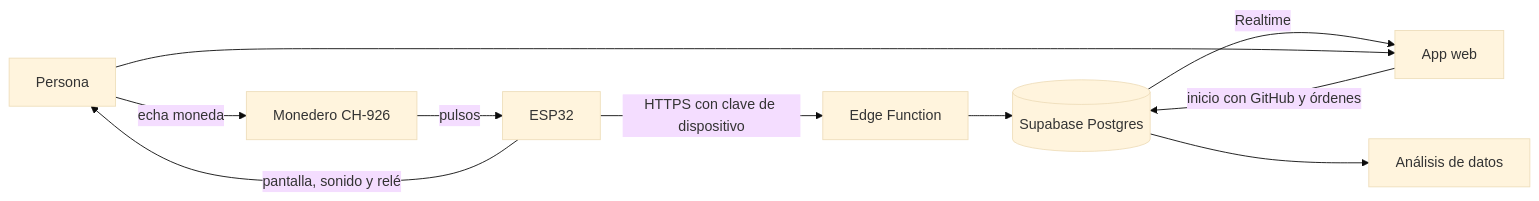
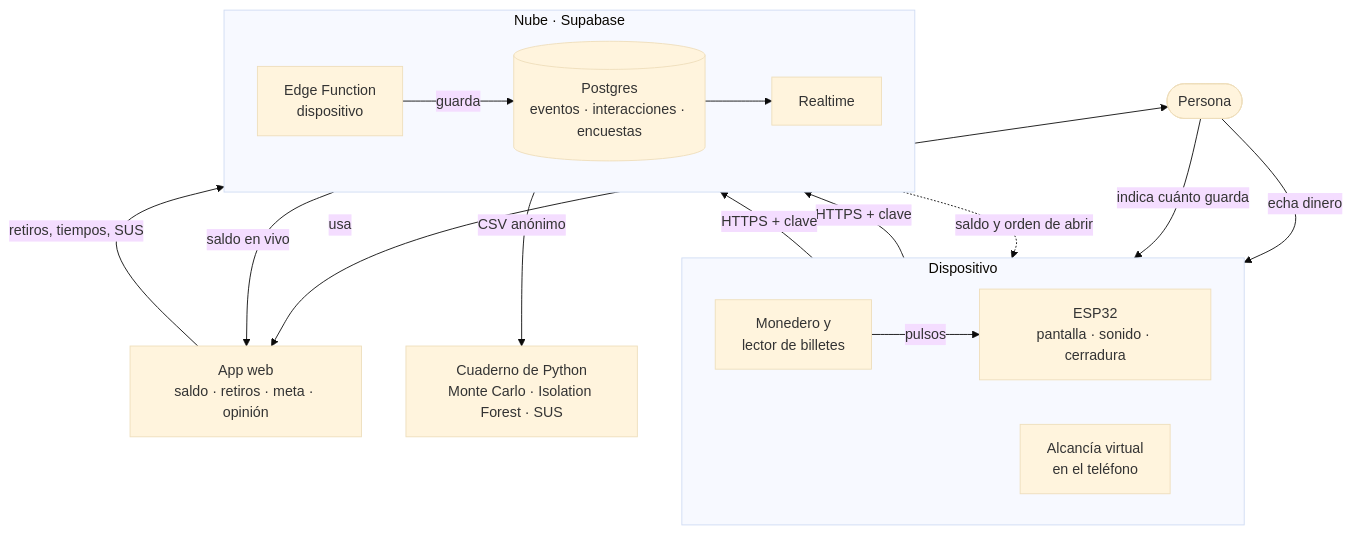
One commit to sklinderton/alcancia-colones changed the diagram in README.md. Above: the diagram before and after it, drawn with Mermaid (base theme). The commit also changed other lines of this file and 11 other files, not shown here.

Commit message:
Mide las tareas de la app, agrega el cuestionario SUS y actualiza la arquitectura

````diff
--- a/README.md
+++ b/README.md
@@ -52,12 +52,25 @@
 ```mermaid
-flowchart LR
-    U[Persona] -->|echa moneda| S[Monedero CH-926]
-    S -->|pulsos| E[ESP32]
-    E -->|pantalla, sonido y relé| U
-    E -->|HTTPS con clave de dispositivo| F[Edge Function]
-    F --> D[(Supabase Postgres)]
-    D -->|Realtime| A[App web]
-    A -->|inicio con GitHub y órdenes| D
-    U --> A
-    D --> P[Análisis de datos]
+flowchart TB
+    U([Persona])
+    subgraph Dispositivo
+        direction LR
+        L[Monedero y<br/>lector de billetes] -->|pulsos| E[ESP32<br/>pantalla · sonido · cerradura]
+        V[Alcancía virtual<br/>en el teléfono]
+    end
+    subgraph Nube["Nube · Supabase"]
+        direction LR
+        F[Edge Function<br/>dispositivo] -->|guarda| D[(Postgres<br/>eventos · interacciones · encuestas)]
+        D --> R[Realtime]
+    end
+    A[App web<br/>saldo · retiros · meta · opinión]
+    P[Cuaderno de Python<br/>Monte Carlo · Isolation Forest · SUS]
+    U -->|echa dinero| L
+    U -->|indica cuánto guarda| V
+    U <-->|usa| A
+    E -->|HTTPS + clave| F
+    V -->|HTTPS + clave| F
+    F -.->|saldo y orden de abrir| E
+    R -->|saldo en vivo| A
+    A -->|retiros, tiempos, SUS| D
+    D -->|CSV anónimo| P
 ```
````
